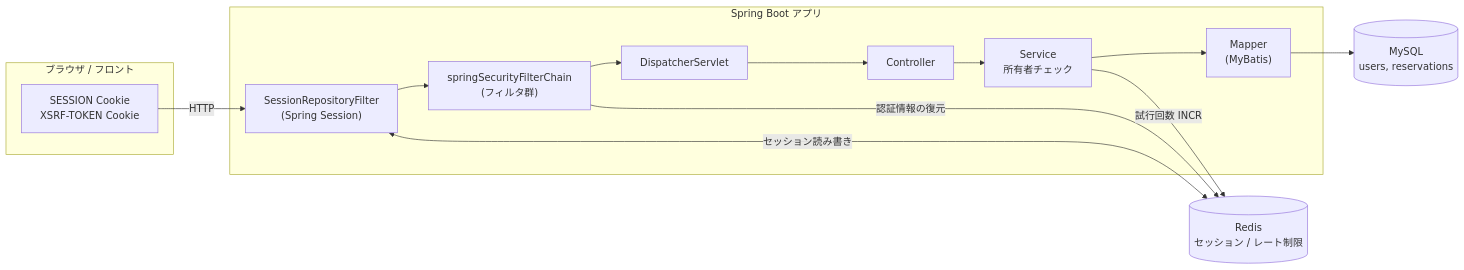
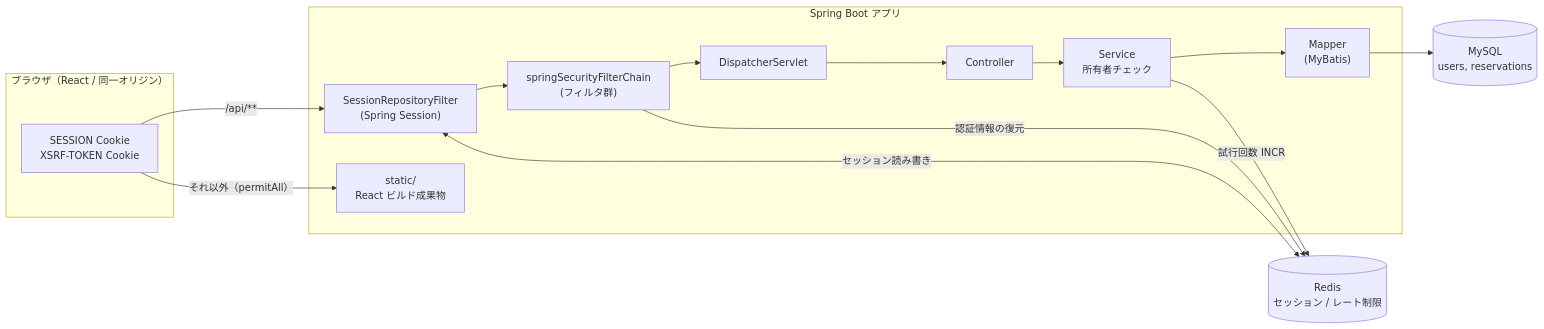
One commit to slcwr/space-reserve changed the first of 10 diagrams in docs/design/authentication-flow.md. Above: the diagram before and after it, drawn with Mermaid. The commit also changed other lines of this file and 3 other files, not shown here.

````diff
--- a/docs/design/authentication-flow.md
+++ b/docs/design/authentication-flow.md
@@ -10,24 +10,26 @@
 ```mermaid
 flowchart LR
-    subgraph client["ブラウザ / フロント"]
+    subgraph client["ブラウザ（React / 同一オリジン）"]
         B["SESSION Cookie<br/>XSRF-TOKEN Cookie"]
     end
 
     subgraph app["Spring Boot アプリ"]
+        STC["static/<br/>React ビルド成果物"]
         SRF["SessionRepositoryFilter<br/>(Spring Session)"]
         SEC["springSecurityFilterChain<br/>(フィルタ群)"]
         DS["DispatcherServlet"]
         CTL["Controller"]
         SVC["Service<br/>所有者チェック"]
         REPO["Mapper<br/>(MyBatis)"]
     end
 
     RDS[("Redis<br/>セッション / レート制限")]
     DB[("MySQL<br/>users, reservations")]
 
-    B -->|HTTP| SRF --> SEC --> DS --> CTL --> SVC --> REPO
+    B -->|"/api/**"| SRF --> SEC --> DS --> CTL --> SVC --> REPO
+    B -->|"それ以外（permitAll）"| STC
     SRF <-->|セッション読み書き| RDS
     SEC -->|認証情報の復元| RDS
     SVC -->|試行回数 INCR| RDS
     REPO --> DB
 ```
````
